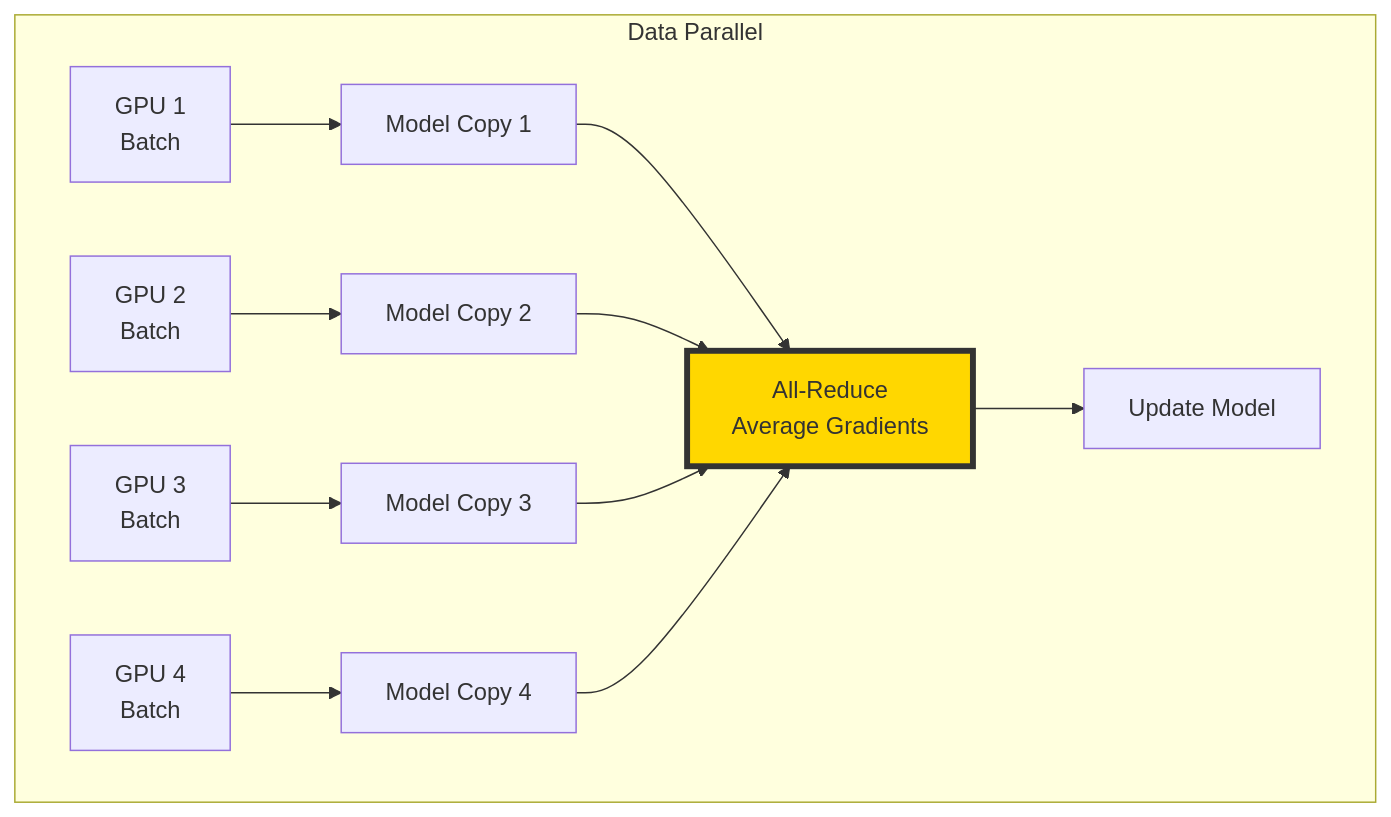
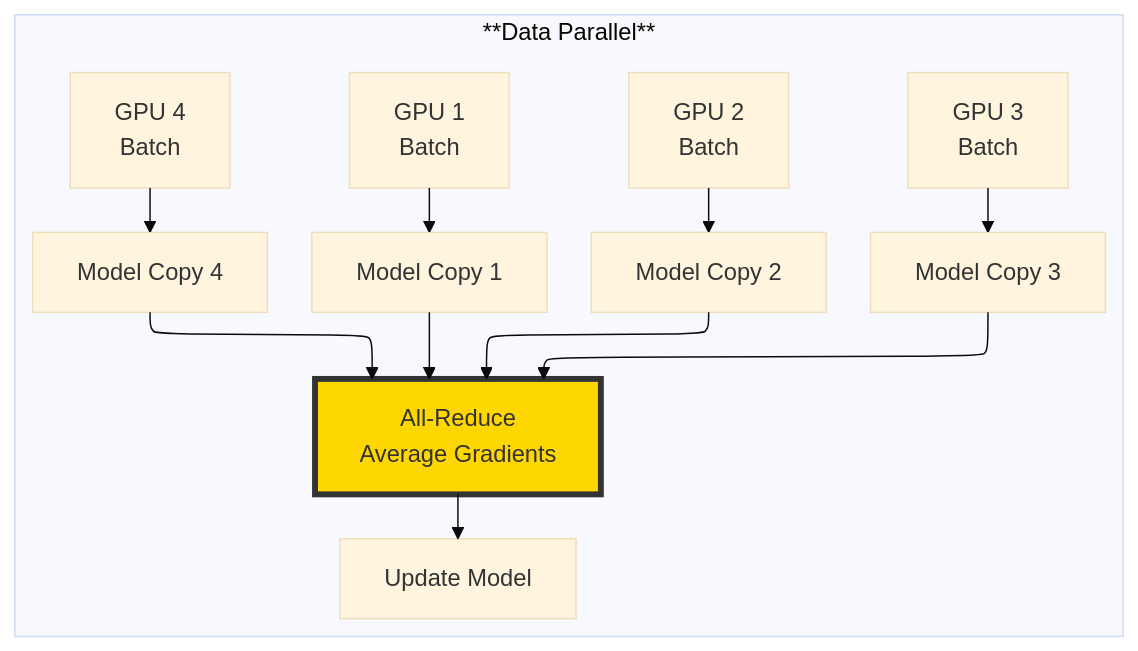
Before and after one commit to Vineet-Sharma-Medium-Stories/Medium-Build-Tool: the fourth of 4 diagrams in The 2026 AI Metromap/The 2026 AI Metromap: Training Strategies – Learning Rate Scheduling & Beyond.md, drawn with Mermaid. The commit also changed other lines of this file and 37 other files, not shown here.

````diff
--- a/The 2026 AI Metromap/The 2026 AI Metromap: Training Strategies – Learning Rate Scheduling & Beyond.md
+++ b/The 2026 AI Metromap/The 2026 AI Metromap: Training Strategies – Learning Rate Scheduling & Beyond.md
@@ -507,18 +522,23 @@
 ```mermaid
+---
+config:
+  theme: base
+  layout: elk
+---
 graph TD
-    subgraph "Data Parallel"
+    subgraph "**Data Parallel**"
         G1[GPU 1<br/>Batch] --> M1[Model Copy 1]
         G2[GPU 2<br/>Batch] --> M2[Model Copy 2]
         G3[GPU 3<br/>Batch] --> M3[Model Copy 3]
         G4[GPU 4<br/>Batch] --> M4[Model Copy 4]
         
         M1 --> A[All-Reduce<br/>Average Gradients]
         M2 --> A
         M3 --> A
         M4 --> A
         
         A --> U[Update Model]
     end
     
     style A fill:#ffd700,stroke:#333,stroke-width:4px
 ```
````
